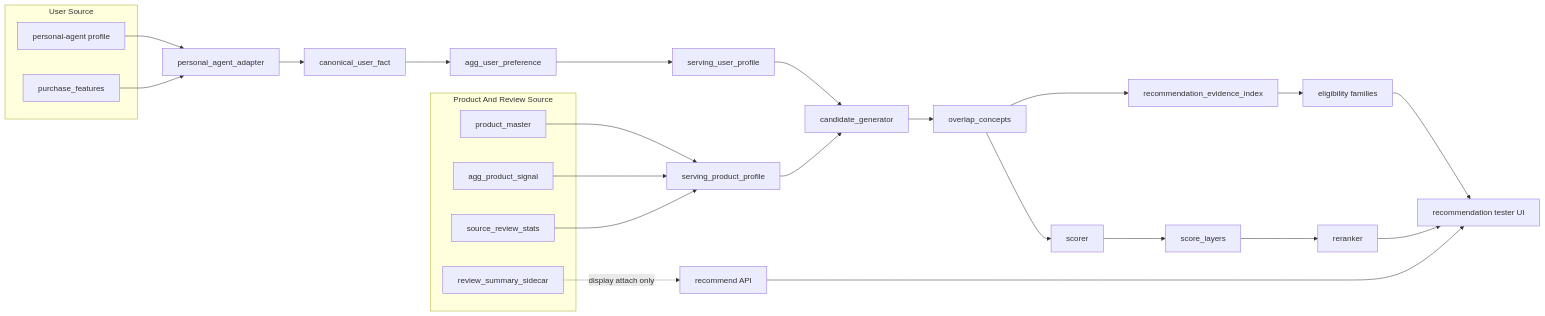
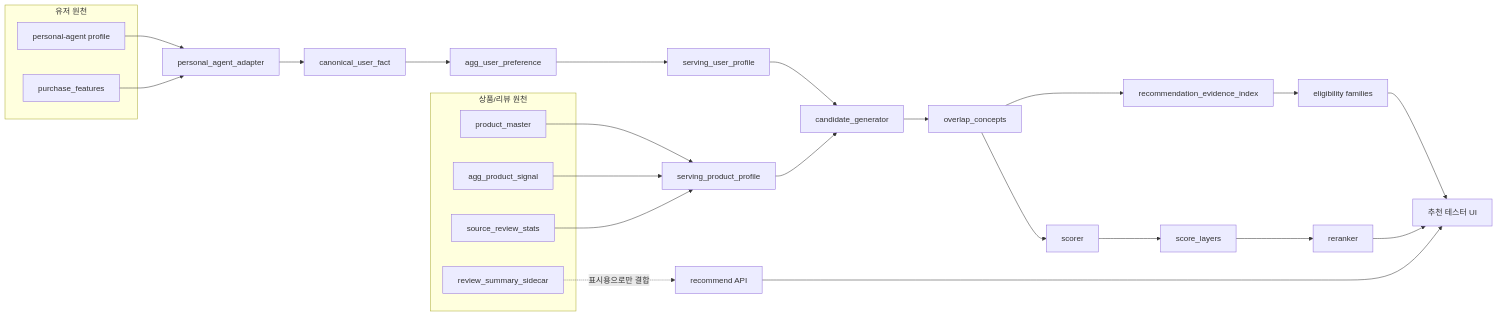
One commit to moreHS/GraphRapping changed the first of 10 diagrams in docs/architecture/recommendation_signal_flow_2026_06_23.md. Above: the diagram before and after it, drawn with Mermaid. The commit also changed other lines of this file, not shown here.

Commit message:
docs: localize recommendation signal flow

````diff
--- a/docs/architecture/recommendation_signal_flow_2026_06_23.md
+++ b/docs/architecture/recommendation_signal_flow_2026_06_23.md
@@ -33,37 +34,37 @@
 ```mermaid
 flowchart LR
-    subgraph U["User Source"]
+    subgraph U["유저 원천"]
         PA["personal-agent profile"]
         PF["purchase_features"]
     end
 
-    subgraph P["Product And Review Source"]
+    subgraph P["상품/리뷰 원천"]
         PM["product_master"]
         AGG["agg_product_signal"]
         SRC["source_review_stats"]
         SUM["review_summary_sidecar"]
     end
 
     PA --> AD["personal_agent_adapter"]
     PF --> AD
     AD --> CF["canonical_user_fact"]
     CF --> AUP["agg_user_preference"]
     AUP --> SUP["serving_user_profile"]
 
     PM --> SPP["serving_product_profile"]
     AGG --> SPP
     SRC --> SPP
-    SUM -. "display attach only" .-> API["recommend API"]
+    SUM -. "표시용으로만 결합" .-> API["recommend API"]
 
     SUP --> CG["candidate_generator"]
     SPP --> CG
     CG --> O["overlap_concepts"]
     O --> EI["recommendation_evidence_index"]
     O --> SC["scorer"]
     EI --> EL["eligibility families"]
     SC --> SL["score_layers"]
     SL --> RR["reranker"]
-    EL --> UI["recommendation tester UI"]
+    EL --> UI["추천 테스터 UI"]
     RR --> UI
     API --> UI
 ```
````
